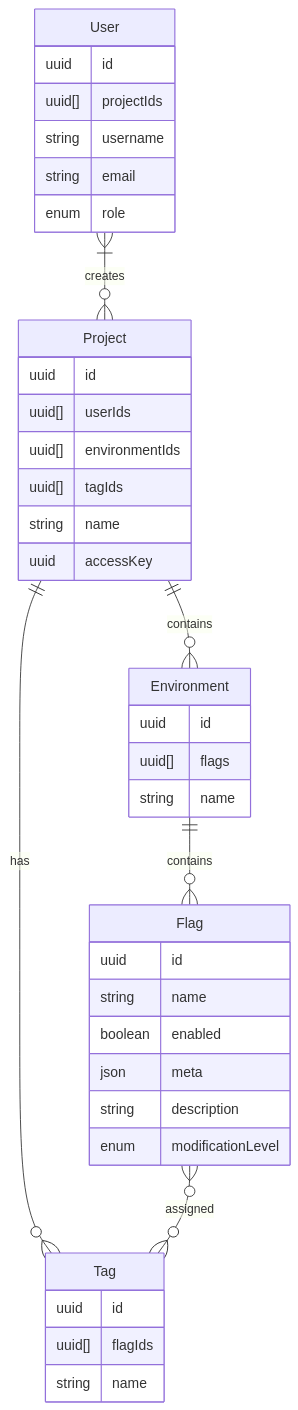
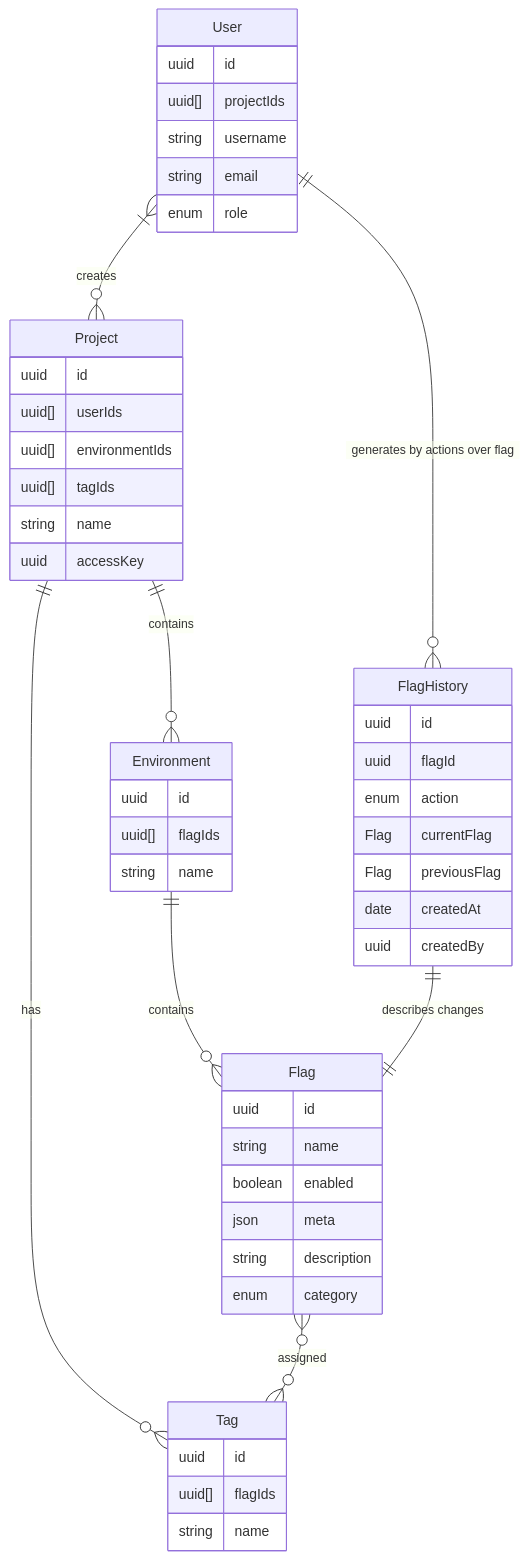
Before and after one commit to runespoor-engineering/runespoorstack: the diagram in services/feature-toggles/documentation/entity-relationships.md, drawn with Mermaid. The commit also changed 26 other files, not shown here.

````diff
--- a/services/feature-toggles/documentation/entity-relationships.md
+++ b/services/feature-toggles/documentation/entity-relationships.md
@@ -3,46 +3,58 @@
 ```mermaid
 erDiagram
     User {
         uuid id
         uuid[] projectIds
         string username
         string email
         enum role
     }
 
     Project {
         uuid id
         uuid[] userIds
         uuid[] environmentIds
         uuid[] tagIds
         string name
         uuid accessKey
     }
 
     Environment {
         uuid id
-        uuid[] flags
+        uuid[] flagIds
         string name
     }
 
     Flag {
         uuid id
         string name
         boolean enabled
         json meta
         string description
-        enum modificationLevel
+        enum category
     }
 
     Tag {
         uuid id
         uuid[] flagIds
         string name
     }
 
+    FlagHistory {
+        uuid id
+        uuid flagId
+        enum action
+        Flag currentFlag
+        Flag previousFlag
+        date createdAt
+        uuid createdBy
+    }
+
     User }|--o{ Project : creates
+    User ||--o{ FlagHistory : "generates by actions over flag"
     Project ||--o{ Environment : contains
     Project ||--o{ Tag : has
     Environment ||--o{ Flag : contains
     Flag }o--o{ Tag : assigned
+    FlagHistory ||--|| Flag : "describes changes "
 ```
````
